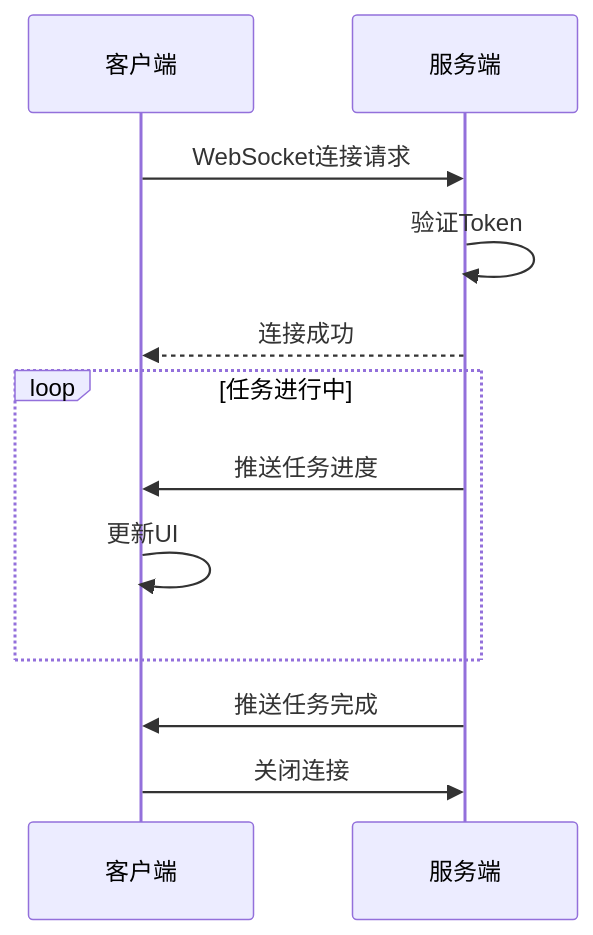
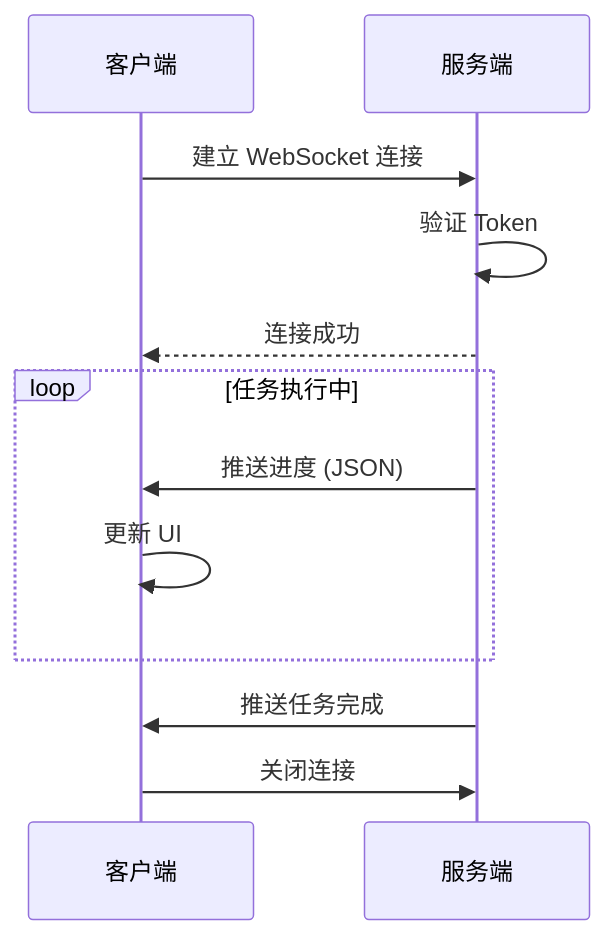
The eighth of 8 diagrams in docs/api.md (xt765/ResumeScreening), drawn with Mermaid before and after one commit. The commit also changed other lines of this file and 5 other files, not shown here.

Commit message:
refactor: remove similarity score and update documentation diagrams

````diff
--- a/docs/api.md
+++ b/docs/api.md
@@ -850,17 +837,17 @@
 ```mermaid
 sequenceDiagram
-    participant C as 客户端
-    participant S as 服务端
+    participant Client as 客户端
+    participant Server as 服务端
     
-    C->>S: WebSocket连接请求
-    S->>S: 验证Token
-    S-->>C: 连接成功
+    Client->>Server: 建立 WebSocket 连接
+    Server->>Server: 验证 Token
+    Server-->>Client: 连接成功
     
-    loop 任务进行中
-        S->>C: 推送任务进度
-        C->>C: 更新UI
+    loop 任务执行中
+        Server->>Client: 推送进度 (JSON)
+        Client->>Client: 更新 UI
     end
     
-    S->>C: 推送任务完成
-    C->>S: 关闭连接
+    Server->>Client: 推送任务完成
+    Client->>Server: 关闭连接
 ```
````
